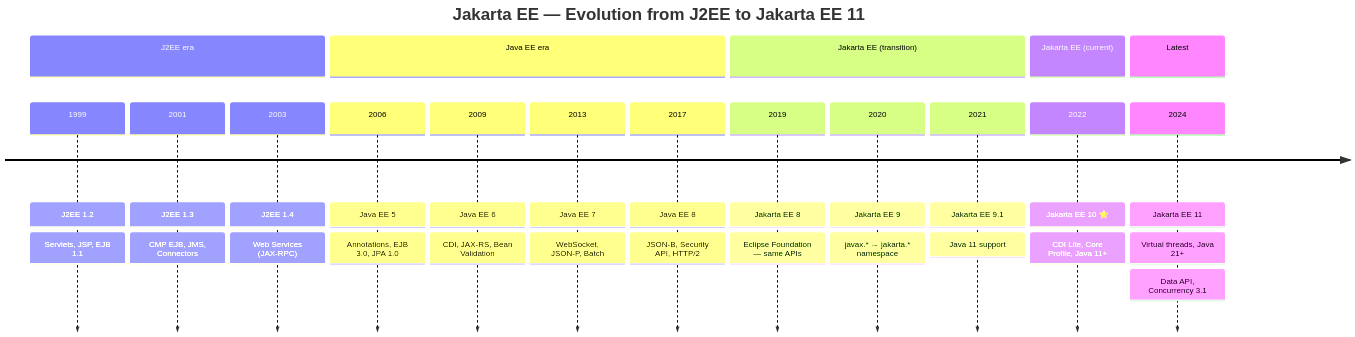
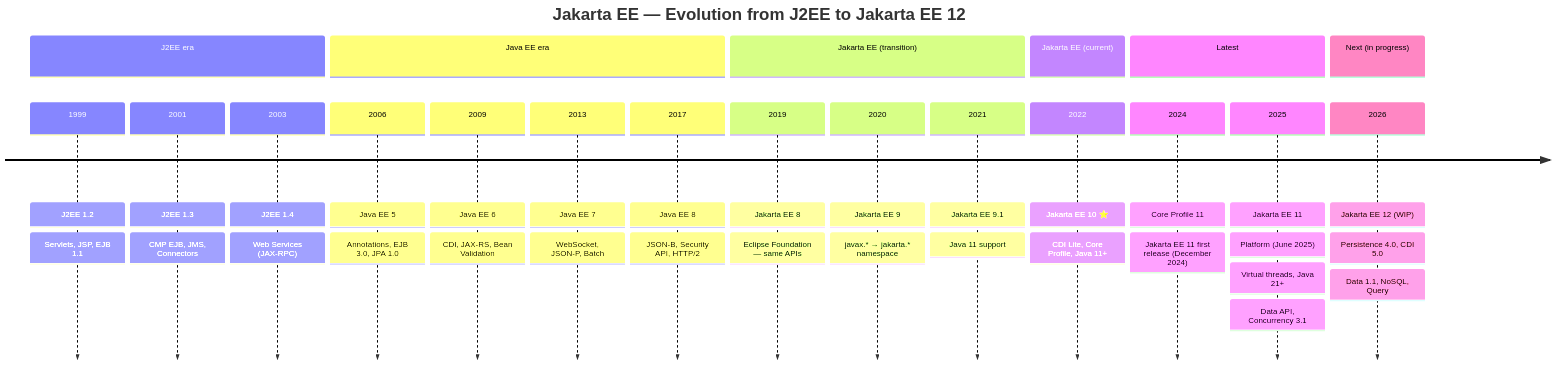
The first of 4 diagrams in 02-Lectures/01-intro-jakartaee-microprofile.md (oplanson/esipe-javaee), drawn with Mermaid before and after one commit. The commit also changed other lines of this file and 10 other files, not shown here.

Commit message:
correction des roadmap JakartaEE et Micropfile avec images plus lisibles.

````diff
--- a/02-Lectures/01-intro-jakartaee-microprofile.md
+++ b/02-Lectures/01-intro-jakartaee-microprofile.md
@@ -167,34 +167,41 @@
 ```mermaid
 timeline
-    title Jakarta EE — Evolution from J2EE to Jakarta EE 11
+    title Jakarta EE — Evolution from J2EE to Jakarta EE 12
     section J2EE era
         1999 : J2EE 1.2
              : Servlets, JSP, EJB 1.1
         2001 : J2EE 1.3
              : CMP EJB, JMS, Connectors
         2003 : J2EE 1.4
              : Web Services (JAX-RPC)
     section Java EE era
         2006 : Java EE 5
              : Annotations, EJB 3.0, JPA 1.0
         2009 : Java EE 6
              : CDI, JAX-RS, Bean Validation
         2013 : Java EE 7
              : WebSocket, JSON-P, Batch
         2017 : Java EE 8
              : JSON-B, Security API, HTTP/2
     section Jakarta EE (transition)
         2019 : Jakarta EE 8
              : Eclipse Foundation — same APIs
         2020 : Jakarta EE 9
              : javax.* → jakarta.* namespace
         2021 : Jakarta EE 9.1
              : Java 11 support
     section Jakarta EE (current)
         2022 : Jakarta EE 10 ⭐
              : CDI Lite, Core Profile, Java 11+
     section Latest
-        2024 : Jakarta EE 11
+        2024 : Core Profile 11
+             : Jakarta EE 11 first release (December 2024)
+        2025 : Jakarta EE 11
+             : Platform (June 2025)
              : Virtual threads, Java 21+
              : Data API, Concurrency 3.1
+    section Next (in progress)
+        2026 : Jakarta EE 12 (WIP)
+             : Persistence 4.0, CDI 5.0
+             : Data 1.1, NoSQL, Query
 ```
````
